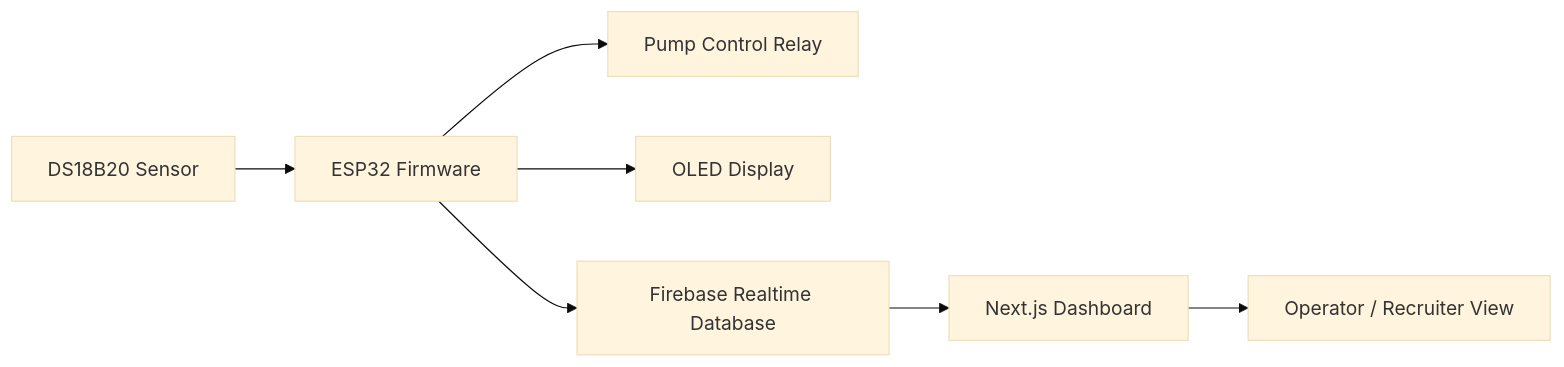
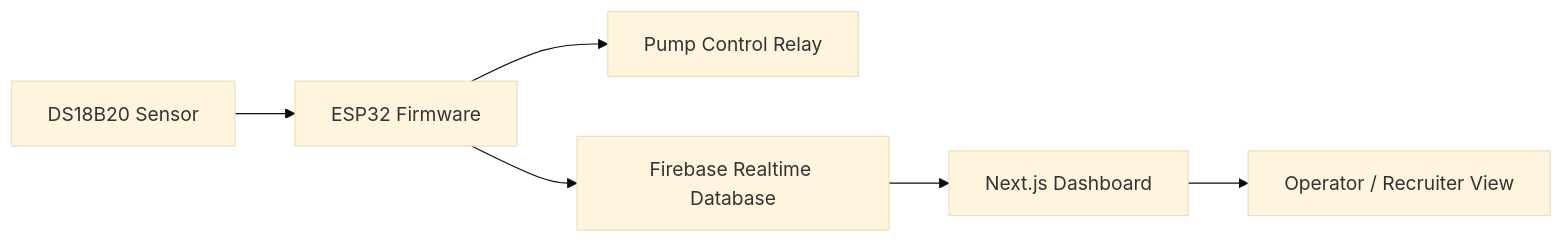
The diagram in README.md (RizFie/Smart_Aeration_System), drawn with Mermaid (base theme) before and after one commit. The commit also changed other lines of this file and 1 other file, not shown here.

Commit message:
Clarify dashboard and architecture docs
Update the main README to reflect the final cloud-based workflow and note that OLED support is legacy firmware code. Expand the dashboard README with project overview, stack, local setup, and Firebase data paths.

````diff
--- a/README.md
+++ b/README.md
@@ -38,9 +39,8 @@
 ```mermaid
 flowchart LR
   A[DS18B20 Sensor] --> B[ESP32 Firmware]
   B --> C[Pump Control Relay]
-  B --> D[OLED Display]
-  B --> E[Firebase Realtime Database]
-  E --> F[Next.js Dashboard]
-  F --> G[Operator / Recruiter View]
+  B --> D[Firebase Realtime Database]
+  D --> E[Next.js Dashboard]
+  E --> F[Operator / Recruiter View]
 ```
````
